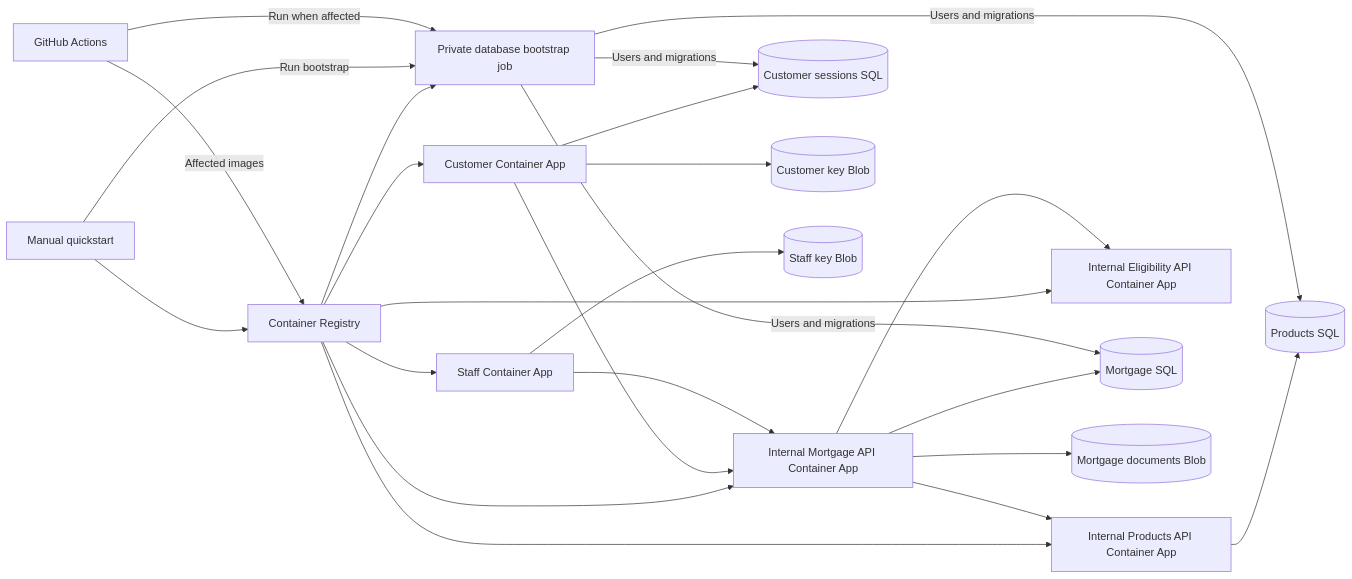
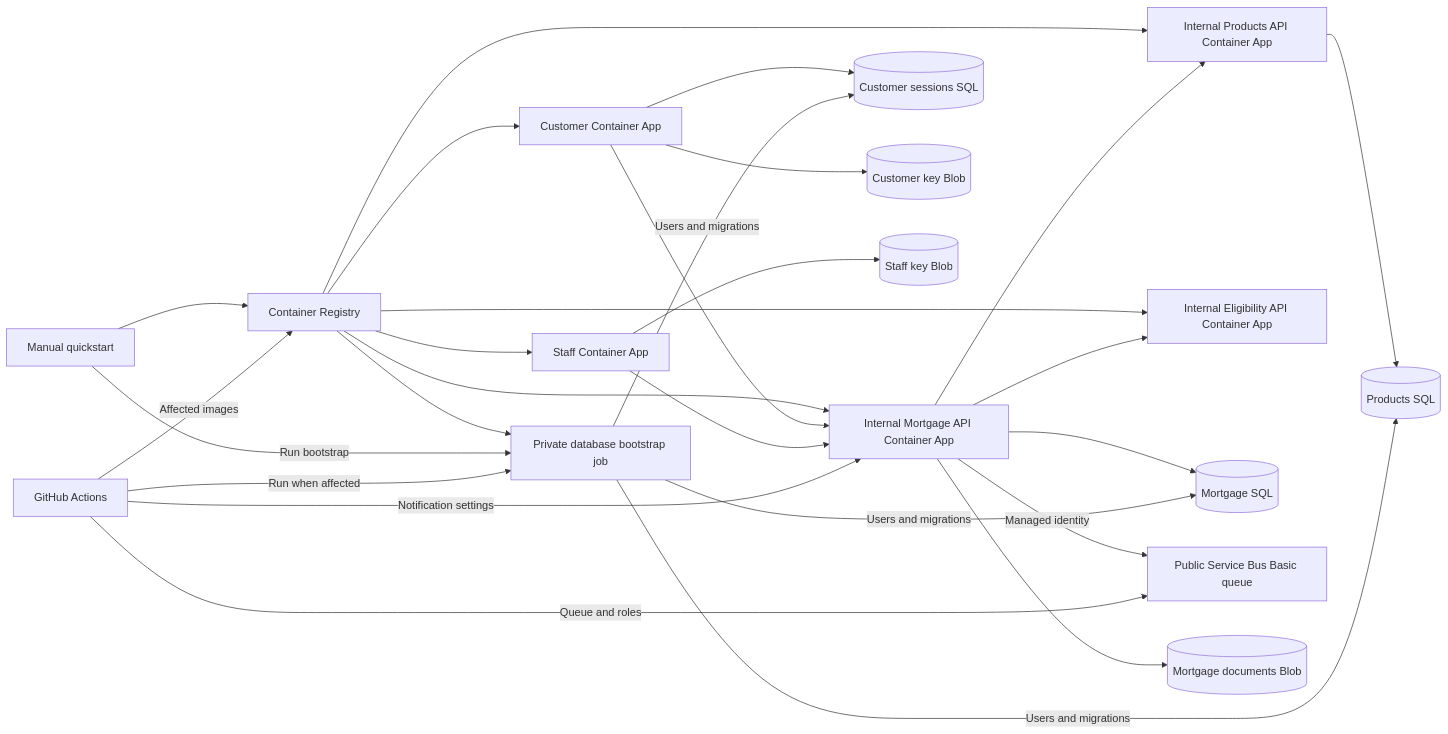
The second of 2 diagrams in docs/architecture.md (eyeballpaul/Mortgage-Processing-Application), drawn with Mermaid before and after one commit. The commit also changed other lines of this file and 24 other files, not shown here.

Commit message:
Add service bus for submission notifications

````diff
--- a/docs/architecture.md
+++ b/docs/architecture.md
@@ -55,26 +58,29 @@
 ```mermaid
 flowchart LR
     Quickstart[Manual quickstart] --> Registry[Container Registry]
     Pipeline[GitHub Actions] -->|Affected images| Registry
     Registry --> Customer[Customer Container App]
     Registry --> Staff[Staff Container App]
     Registry --> API[Internal Mortgage API Container App]
     Registry --> Products[Internal Products API Container App]
     Registry --> Eligibility[Internal Eligibility API Container App]
     Customer --> Sessions[(Customer sessions SQL)]
     Customer --> API
     Staff --> API
     API --> Mortgage[(Mortgage SQL)]
+    API -->|Managed identity| Bus[Public Service Bus Basic queue]
+    Pipeline -->|Queue and roles| Bus
+    Pipeline -->|Notification settings| API
     API --> Documents[(Mortgage documents Blob)]
     API --> Products
     API --> Eligibility
     Products --> ProductDb[(Products SQL)]
     Customer --> CustomerKeys[(Customer key Blob)]
     Staff --> StaffKeys[(Staff key Blob)]
     Registry --> Bootstrap[Private database bootstrap job]
     Quickstart -->|Run bootstrap| Bootstrap
     Pipeline -->|Run when affected| Bootstrap
     Bootstrap -->|Users and migrations| Mortgage
     Bootstrap -->|Users and migrations| Sessions
     Bootstrap -->|Users and migrations| ProductDb
 ```
````
